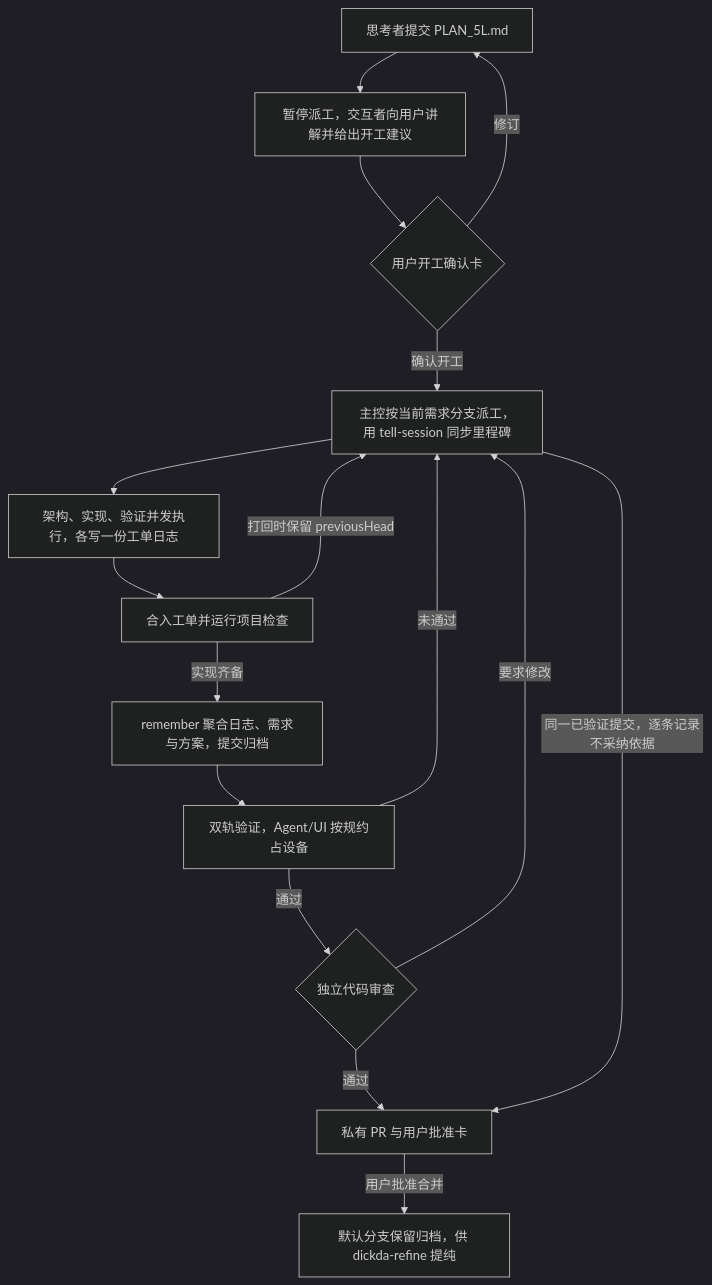
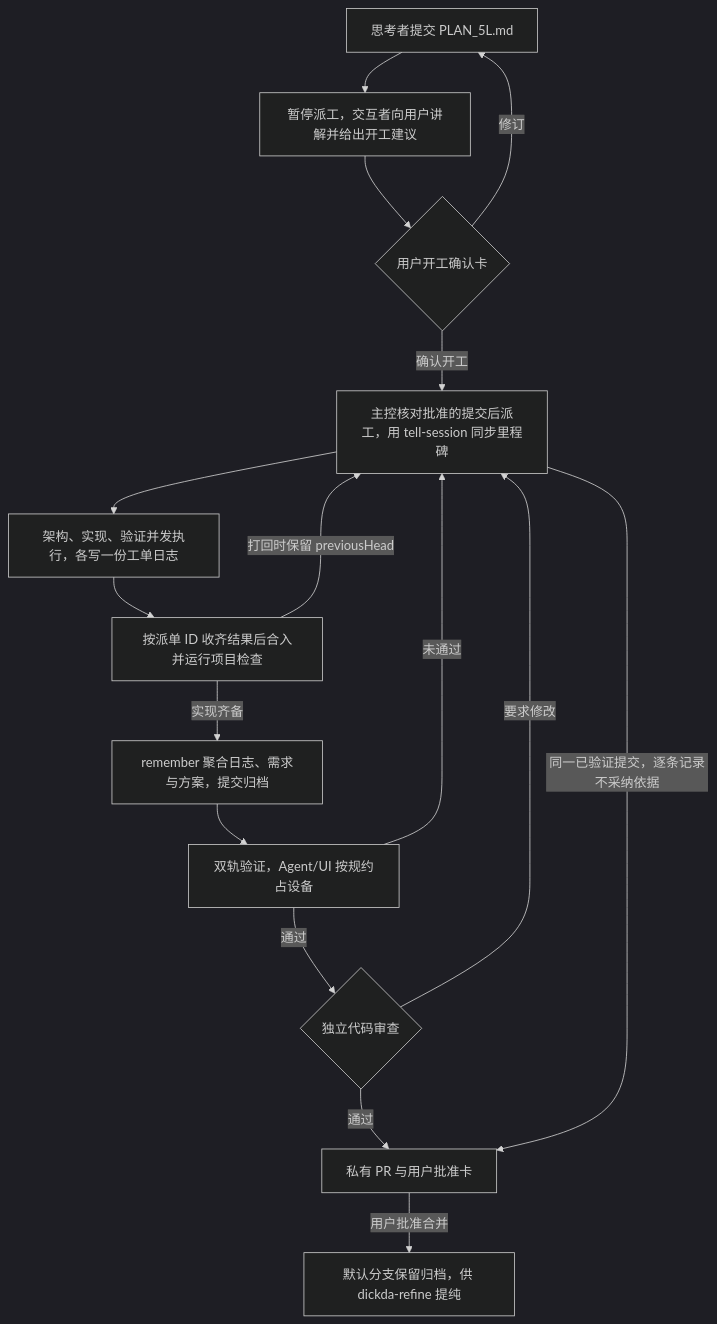
One commit to xtlys/coda-plugins changed the diagram in plugins/dickda/README.md. Above: the diagram before and after it, drawn with Mermaid (dark theme). The commit also changed other lines of this file and 7 other files, not shown here.

````diff
--- a/plugins/dickda/README.md
+++ b/plugins/dickda/README.md
@@ -22,18 +22,18 @@
 ```mermaid
 flowchart TD
     T["思考者提交 PLAN_5L.md"] --> I["暂停派工，交互者向用户讲解并给出开工建议"]
     I --> U{"用户开工确认卡"}
     U -->|"修订"| T
-    U -->|"确认开工"| L["主控按当前需求分支派工，用 tell-session 同步里程碑"]
+    U -->|"确认开工"| L["主控核对批准的提交后派工，用 tell-session 同步里程碑"]
     L --> W["架构、实现、验证并发执行，各写一份工单日志"]
-    W --> M["合入工单并运行项目检查"]
+    W --> M["按派单 ID 收齐结果后合入并运行项目检查"]
     M -->|"打回时保留 previousHead"| L
     M -->|"实现齐备"| A["remember 聚合日志、需求与方案，提交归档"]
     A --> V["双轨验证，Agent/UI 按规约占设备"]
     V -->|"通过"| R{"独立代码审查"}
     V -->|"未通过"| L
     R -->|"要求修改"| L
     R -->|"通过"| P["私有 PR 与用户批准卡"]
     L -->|"同一已验证提交，逐条记录不采纳依据"| P
     P -->|"用户批准合并"| F["默认分支保留归档，供 dickda-refine 提纯"]
 ```
````
